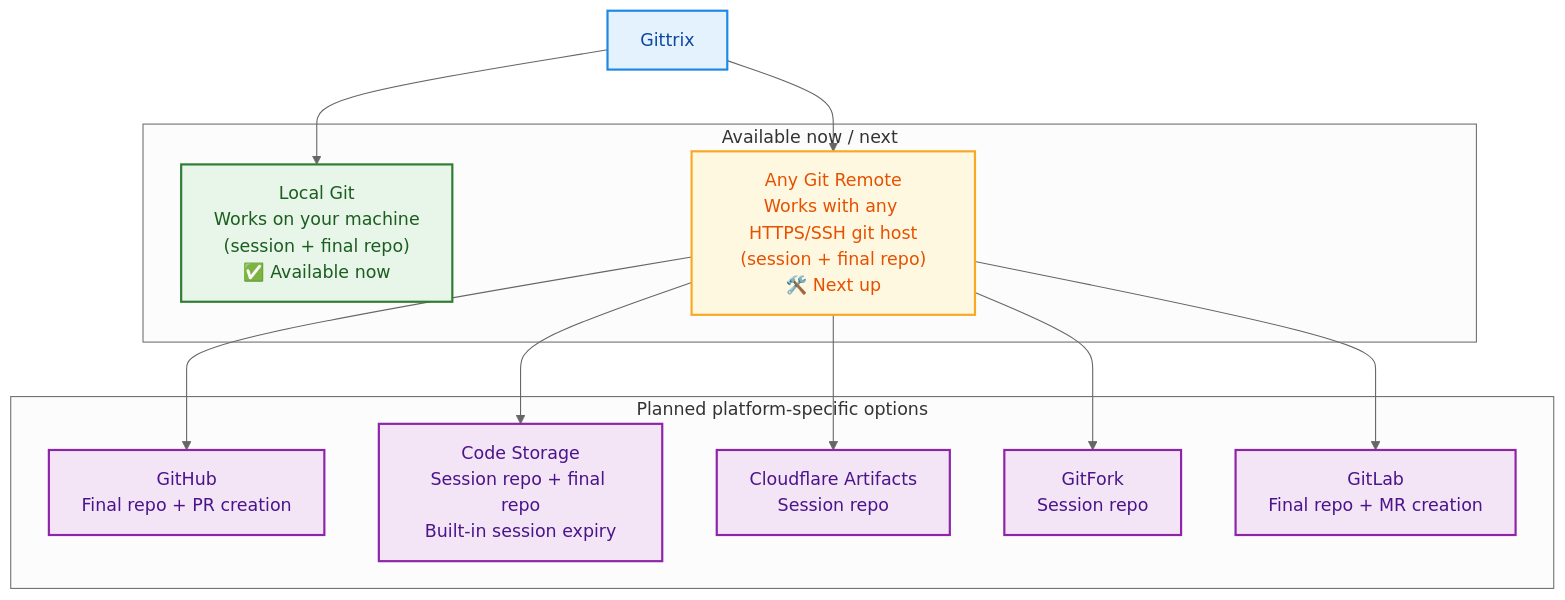
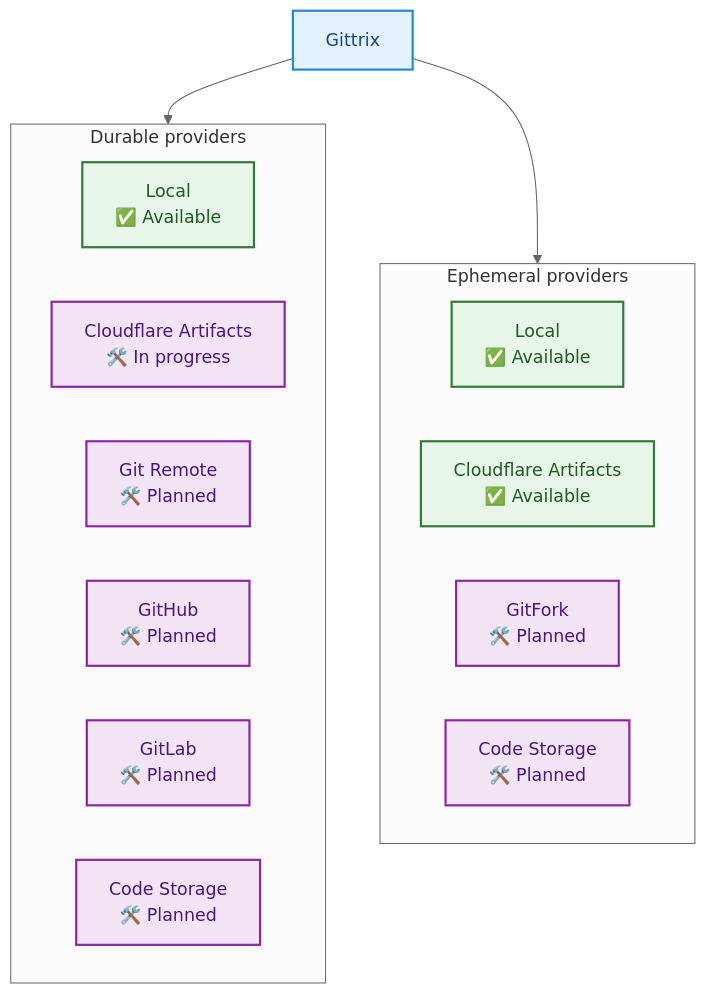
Before and after one commit to cloudboy-jh/gittrix: the first of 2 diagrams in README.md, drawn with Mermaid (neutral theme). The commit also changed 17 other files, not shown here.

First line of the commit message:
Split adapters into durable/ephemeral and scaffold Cloudflare Artifacts package

````diff
--- a/README.md
+++ b/README.md
@@ -38,35 +38,31 @@
 ```mermaid
 flowchart TD
   A["Gittrix"]
 
-  subgraph CoreAdapters[Available now / next]
-    L["Local Git\nWorks on your machine\n(session + final repo)\n✅ Available now"]
-    R["Any Git Remote\nWorks with any HTTPS/SSH git host\n(session + final repo)\n🛠️ Next up"]
+  subgraph Durable[Durable providers]
+    DL["Local\n✅ Available"]
+    DCF["Cloudflare Artifacts\n🛠️ In progress"]
+    DR["Git Remote\n🛠️ Planned"]
+    DGH["GitHub\n🛠️ Planned"]
+    DGL["GitLab\n🛠️ Planned"]
+    DCS["Code Storage\n🛠️ Planned"]
   end
 
-  subgraph ForgeAware[Planned platform-specific options]
-    GH["GitHub\nFinal repo + PR creation"]
-    CS["Code Storage\nSession repo + final repo\nBuilt-in session expiry"]
-    CF["Cloudflare Artifacts\nSession repo"]
-    GF["GitFork\nSession repo"]
-    GL["GitLab\nFinal repo + MR creation"]
+  subgraph Ephemeral[Ephemeral providers]
+    EL["Local\n✅ Available"]
+    ECF["Cloudflare Artifacts\n✅ Available"]
+    EGF["GitFork\n🛠️ Planned"]
+    ECS["Code Storage\n🛠️ Planned"]
   end
 
-  A --> L
-  A --> R
-  R --> GH
-  R --> CS
-  R --> CF
-  R --> GF
-  R --> GL
+  A --> Durable
+  A --> Ephemeral
 
   classDef core fill:#E3F2FD,stroke:#1E88E5,color:#0D47A1,stroke-width:2px;
   classDef available fill:#E8F5E9,stroke:#2E7D32,color:#1B5E20,stroke-width:2px;
-  classDef next fill:#FFF8E1,stroke:#F9A825,color:#E65100,stroke-width:2px;
   classDef planned fill:#F3E5F5,stroke:#8E24AA,color:#4A148C,stroke-width:2px;
 
   class A core;
-  class L available;
-  class R next;
-  class GH,CS,CF,GF,GL planned;
+  class DL,EL,ECF available;
+  class DCF,DR,DGH,DGL,DCS,EGF,ECS planned;
 ```
````
